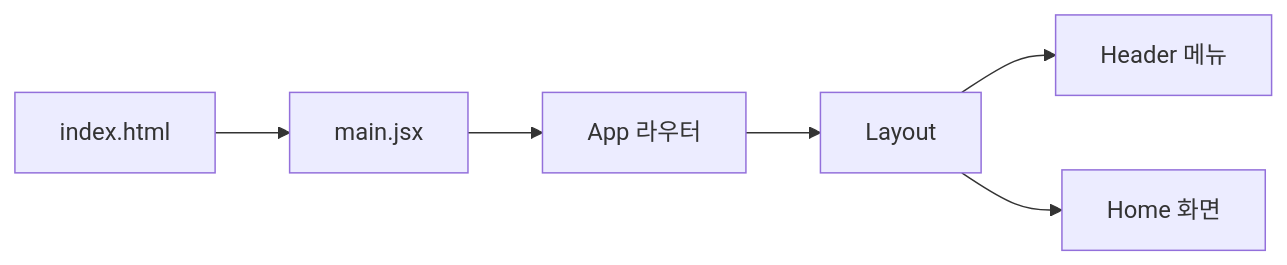
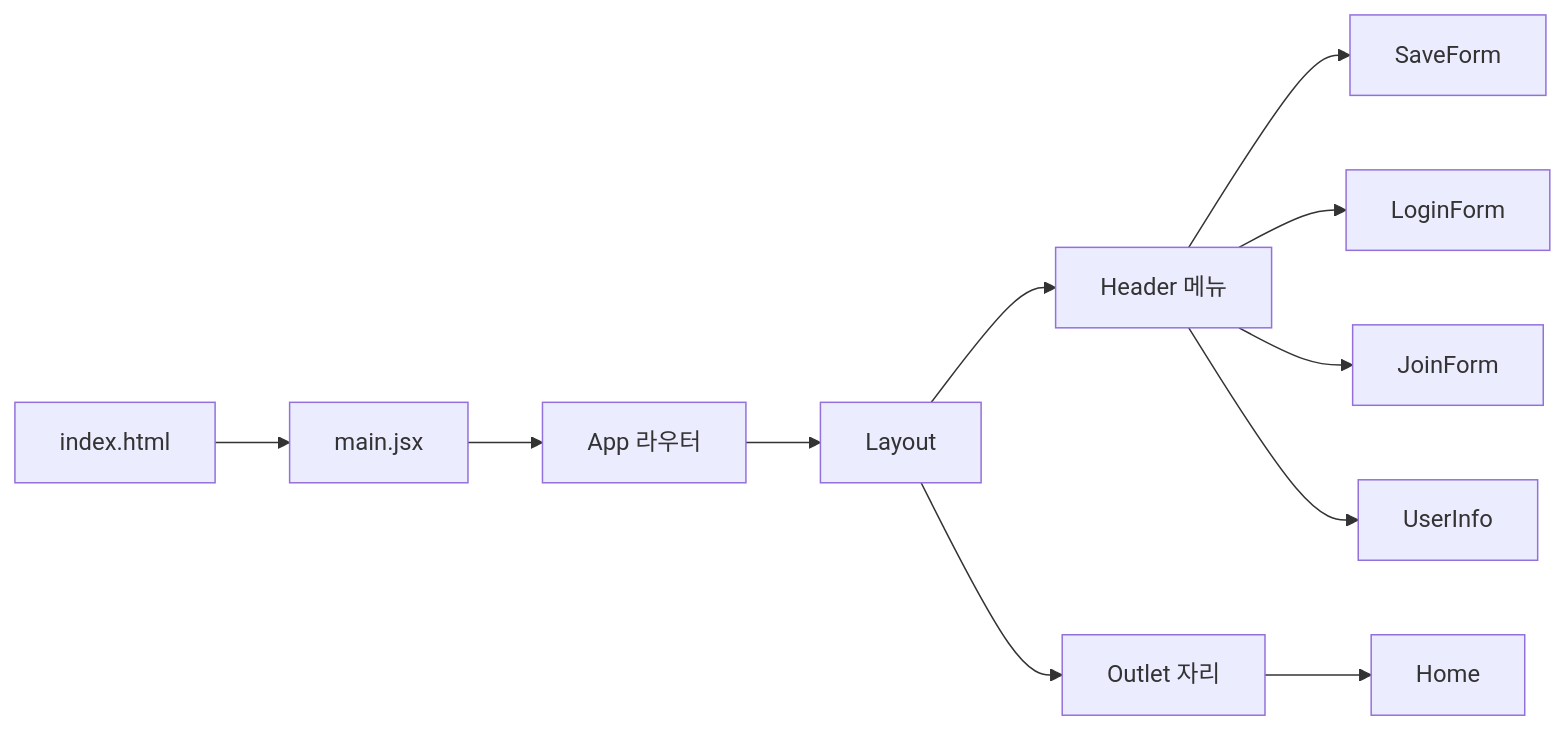
One commit to metakit-sorucecode/react-blog changed the first of 2 diagrams in .projectcode/wiki/scenarios.md. Above: the diagram before and after it, drawn with Mermaid. The commit also changed other lines of this file and 4 other files, not shown here.

````diff
--- a/.projectcode/wiki/scenarios.md
+++ b/.projectcode/wiki/scenarios.md
@@ -5,8 +5,13 @@
 ```mermaid
 flowchart LR
   A[index.html] --> B[main.jsx]
   B --> C[App 라우터]
   C --> D[Layout]
   D --> E[Header 메뉴]
-  D --> F[Home 화면]
+  D --> F[Outlet 자리]
+  E --> G[SaveForm]
+  E --> H[LoginForm]
+  E --> I[JoinForm]
+  E --> J[UserInfo]
+  F --> K[Home]
 ```
````
